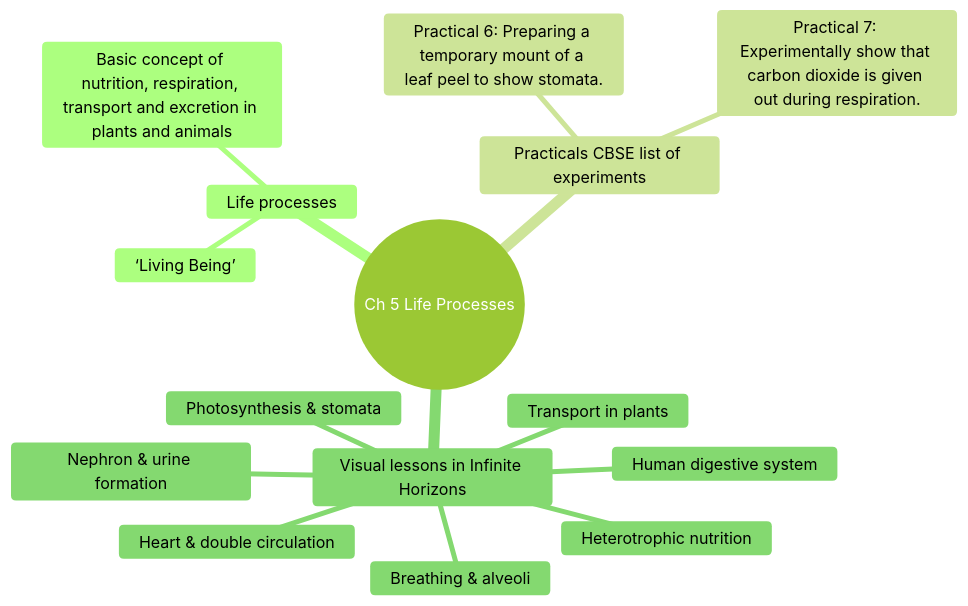
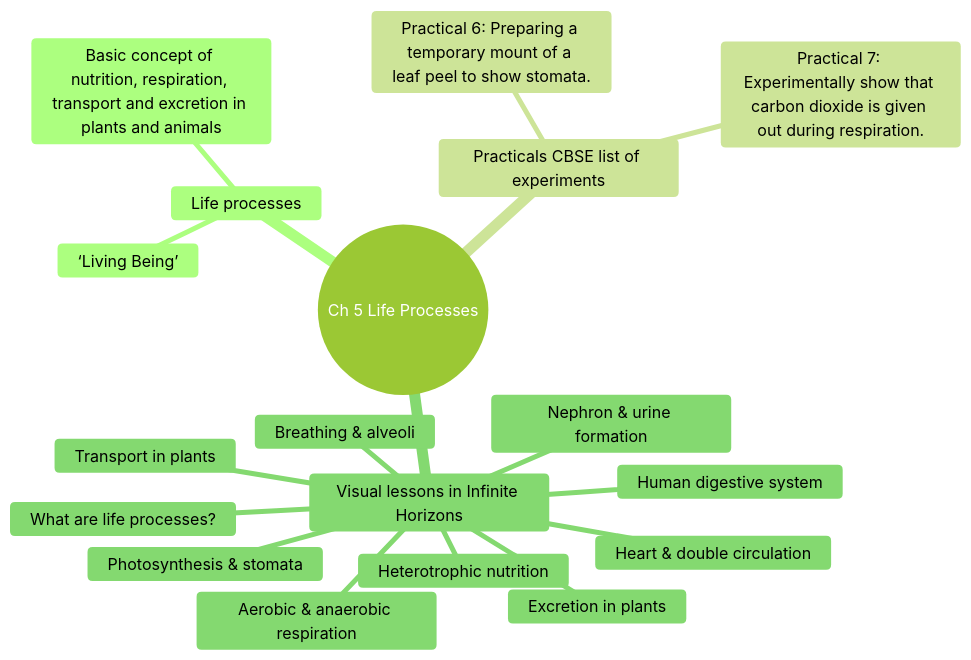
Before and after one commit to anveshix/ifinite-horizon: diagram 17 of 26 in docs/CHAPTER_MINDMAPS.md, drawn with Mermaid (forest theme). The commit also changed other lines of this file and 10 other files, not shown here.

First line of the commit message:
feat(class-x): build all remaining CBSE 2026-27 sub-topics (13 scenes: life processes, respiration, plant excretion, variation, regeneration, evolution set, energy changes, pH in daily life, chemicals from salt, optical applications)

````diff
--- a/docs/CHAPTER_MINDMAPS.md
+++ b/docs/CHAPTER_MINDMAPS.md
@@ -623,18 +626,21 @@
 ```mermaid
 mindmap
   root((Ch 5 Life Processes))
     Life processes
       ‘Living Being’
       Basic concept of nutrition, respiration, transport and excretion in plants and animals
     Practicals CBSE list of experiments
       Practical 6: Preparing a temporary mount of a leaf peel to show stomata.
       Practical 7: Experimentally show that carbon dioxide is given out during respiration.
     Visual lessons in Infinite Horizons
       Heart & double circulation
       Human digestive system
       Breathing & alveoli
       Nephron & urine formation
       Transport in plants
+      What are life processes?
+      Aerobic & anaerobic respiration
+      Excretion in plants
       Photosynthesis & stomata
       Heterotrophic nutrition
 ```
````
